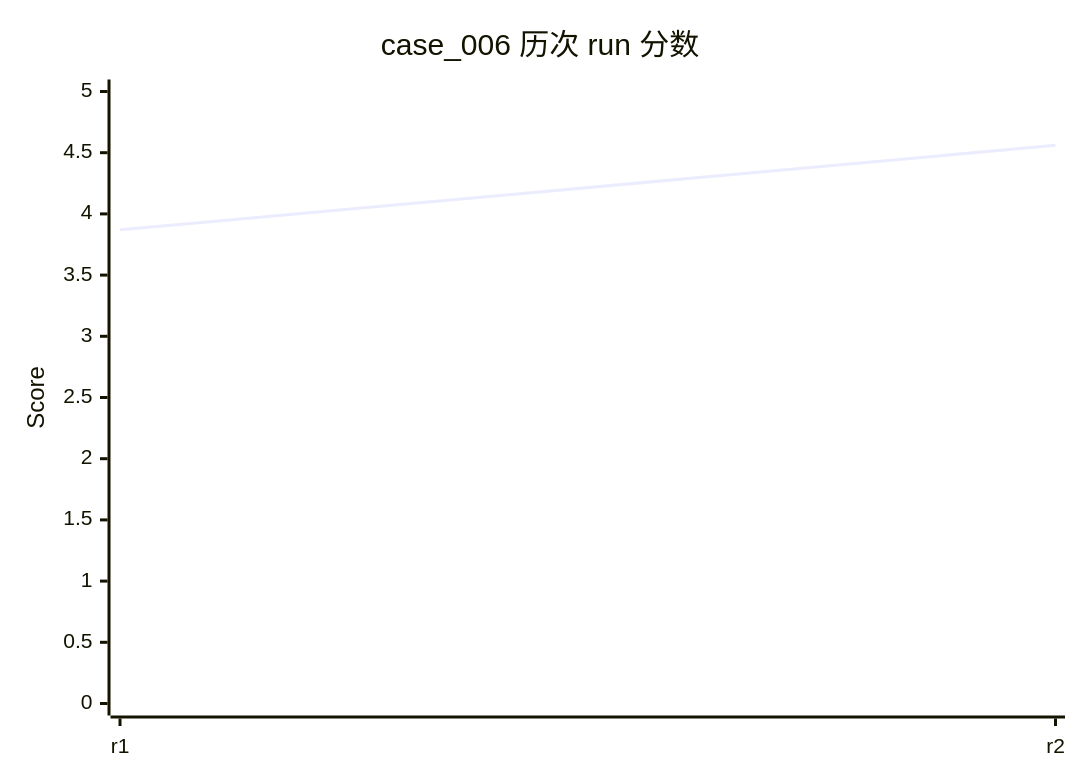
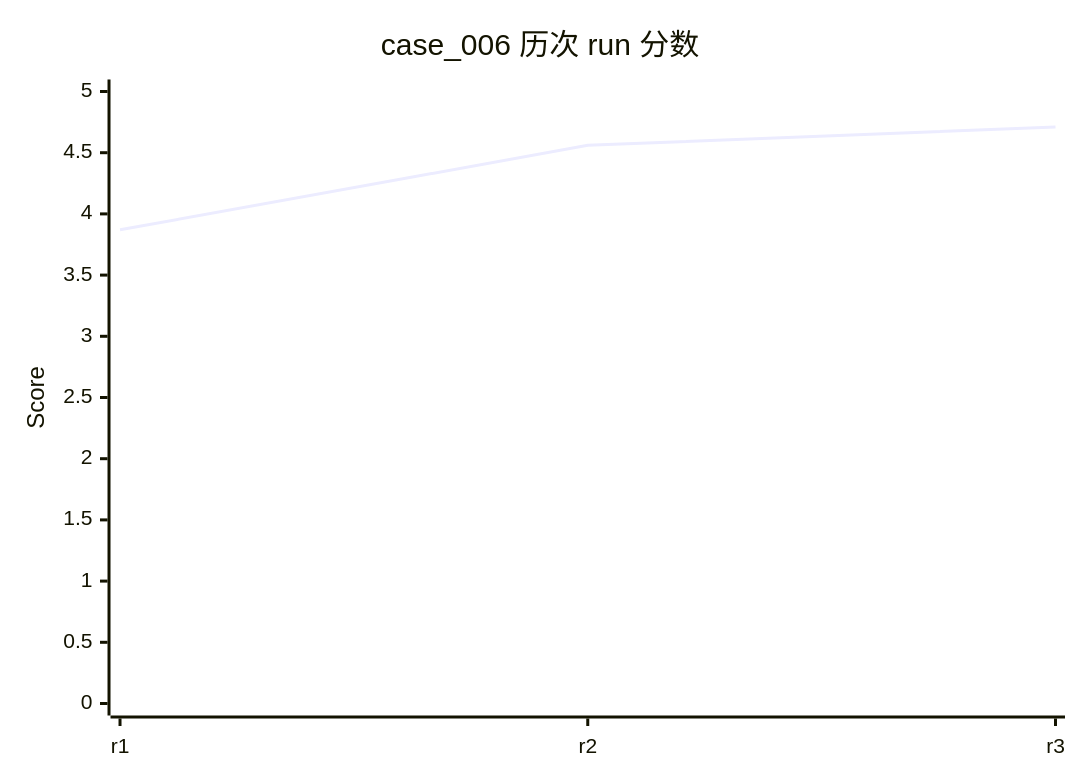
One commit to rushengzhou/sid-code changed diagram 12 of 58 in evals/DASHBOARD.md. Above: the diagram before and after it, drawn with Mermaid. The commit also changed other lines of this file and 57 other files, not shown here.

````diff
--- a/evals/DASHBOARD.md
+++ b/evals/DASHBOARD.md
@@ -300,7 +302,7 @@
 ```mermaid
 xychart-beta
     title "case_006 历次 run 分数"
-    x-axis [r1, r2]
+    x-axis [r1, r2, r3]
     y-axis "Score" 0 --> 5
-    line [3.87, 4.56]
+    line [3.87, 4.56, 4.71]
 ```
````
